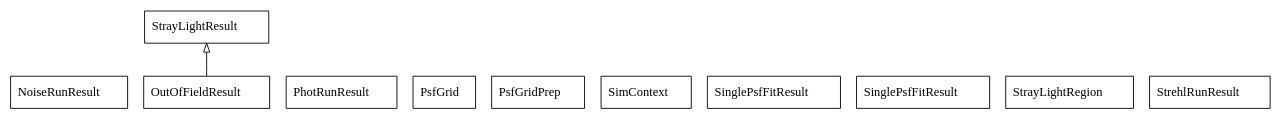
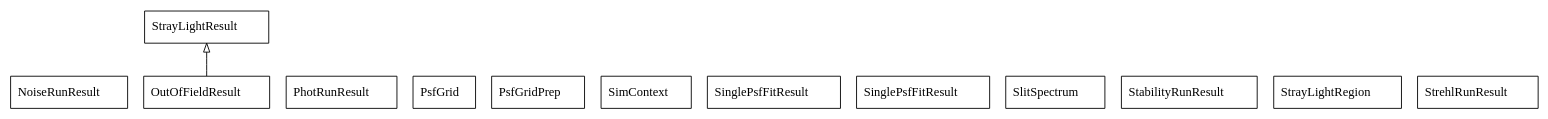
Before and after one commit to mwanakijiji/metis_work: the diagram in docs/uml/classes.dot, drawn with Graphviz. The commit also changed 81 other files, not shown here.

Commit message:
IMG OPT 05 analysis; IMG RAD 07/09 updates, rsrf_common

```diff
--- a/docs/uml/classes.dot
+++ b/docs/uml/classes.dot
@@ -1,16 +1,18 @@
 digraph "classes_METIS_MAIT" {
 rankdir=BT
 charset="utf-8"
 "modules.backbone_img_rad_09_nom.NoiseRunResult" [color="black", fontcolor="black", label=<NoiseRunResult>, shape="record", style="solid"];
 "modules.backbone_img_opt_06_out_of_field.OutOfFieldResult" [color="black", fontcolor="black", label=<OutOfFieldResult>, shape="record", style="solid"];
 "modules.backbone_img_rad_07_phot.PhotRunResult" [color="black", fontcolor="black", label=<PhotRunResult>, shape="record", style="solid"];
 "modules.backbone_img_03_psf_quality.PsfGrid" [color="black", fontcolor="black", label=<PsfGrid>, shape="record", style="solid"];
 "modules.psf_grid_prep.PsfGridPrep" [color="black", fontcolor="black", label=<PsfGridPrep>, shape="record", style="solid"];
 "modules.sim_common.SimContext" [color="black", fontcolor="black", label=<SimContext>, shape="record", style="solid"];
 "modules.backbone_img_03_psf_quality.SinglePsfFitResult" [color="black", fontcolor="black", label=<SinglePsfFitResult>, shape="record", style="solid"];
 "modules.backbone_img_opt_02_distortion.SinglePsfFitResult" [color="black", fontcolor="black", label=<SinglePsfFitResult>, shape="record", style="solid"];
+"modules.rsrf_common.SlitSpectrum" [color="black", fontcolor="black", label=<SlitSpectrum>, shape="record", style="solid"];
+"modules.backbone_img_opt_05_optomech_stability.StabilityRunResult" [color="black", fontcolor="black", label=<StabilityRunResult>, shape="record", style="solid"];
 "modules.stray_light_common.StrayLightRegion" [color="black", fontcolor="black", label=<StrayLightRegion>, shape="record", style="solid"];
 "modules.stray_light_common.StrayLightResult" [color="black", fontcolor="black", label=<StrayLightResult>, shape="record", style="solid"];
 "modules.backbone_img_03_psf_quality.StrehlRunResult" [color="black", fontcolor="black", label=<StrehlRunResult>, shape="record", style="solid"];
 "modules.backbone_img_opt_06_out_of_field.OutOfFieldResult" -> "modules.stray_light_common.StrayLightResult" [arrowhead="empty", arrowtail="none"];
 }
```
